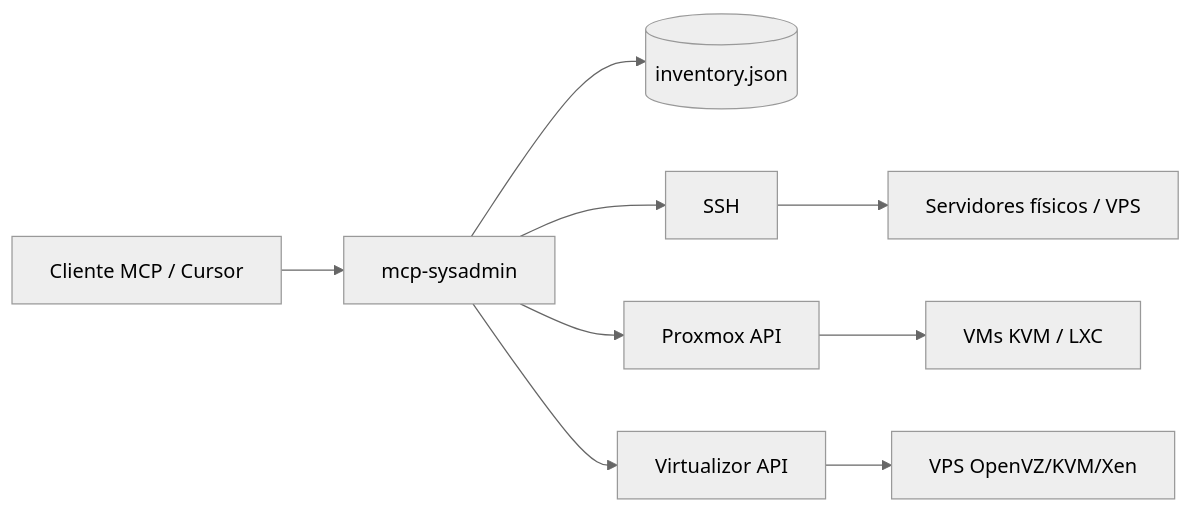
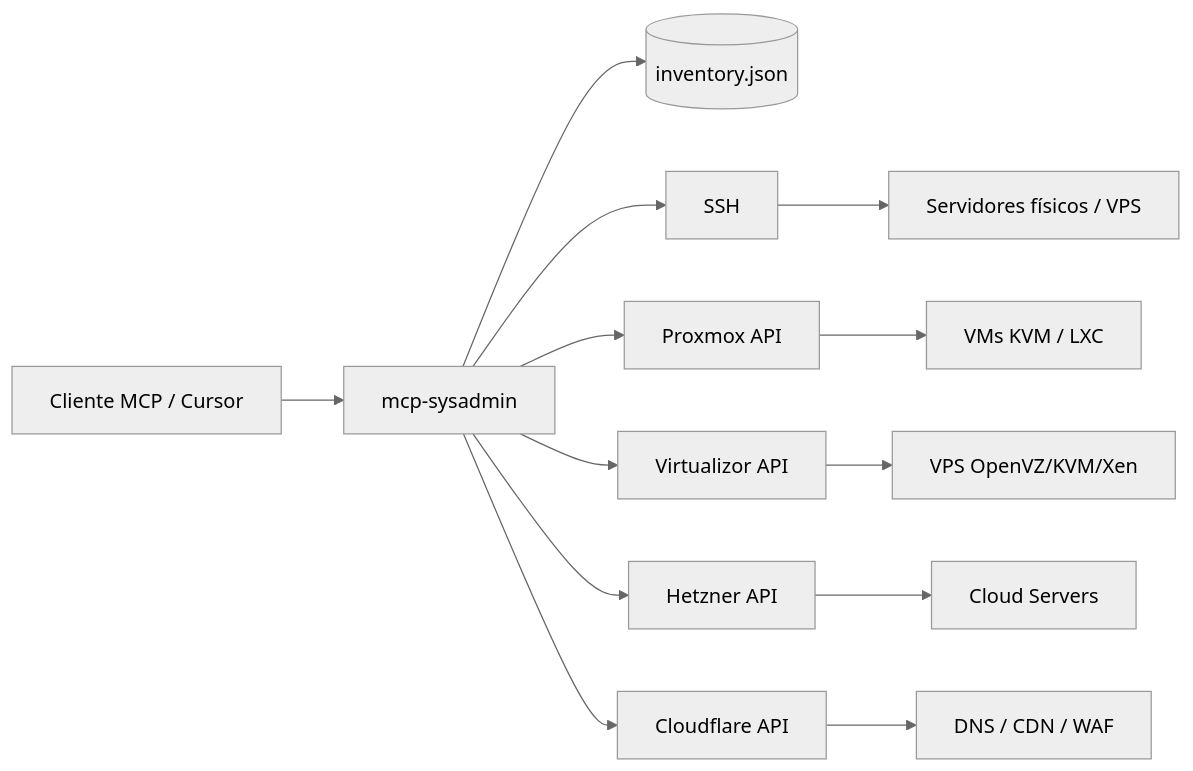
Before and after one commit to kreodevs/mcp-sysadmin: the diagram in README.md, drawn with Mermaid (neutral theme). The commit also changed other lines of this file and 18 other files, not shown here.

First line of the commit message:
Add Hetzner Cloud and Cloudflare providers with DNS and cloud tools.

````diff
--- a/README.md
+++ b/README.md
@@ -9,11 +9,15 @@
 ```mermaid
 flowchart LR
   Client[Cliente MCP / Cursor] --> MCP[mcp-sysadmin]
   MCP --> Inv[(inventory.json)]
   MCP --> SSH[SSH]
   MCP --> PVE[Proxmox API]
   MCP --> VZ[Virtualizor API]
+  MCP --> HZ[Hetzner API]
+  MCP --> CF[Cloudflare API]
   SSH --> Physical[Servidores físicos / VPS]
   PVE --> VMs1[VMs KVM / LXC]
   VZ --> VMs2[VPS OpenVZ/KVM/Xen]
+  HZ --> VMs3[Cloud Servers]
+  CF --> DNS[DNS / CDN / WAF]
 ```
````
